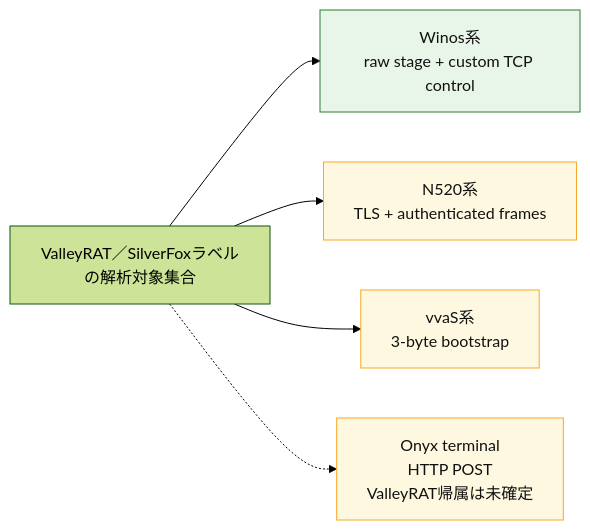
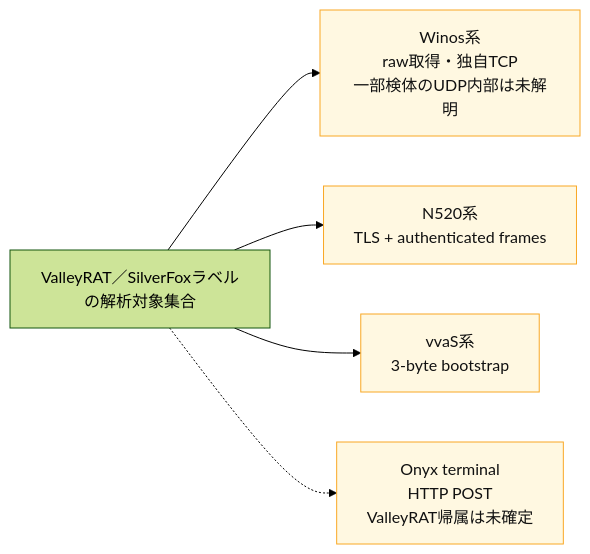
The first of 6 diagrams in analysis-framework/malware/valleyrat/docs/COMMUNICATION-PROTOCOL-ANALYSIS.md (proshiba/AI-security-analysis), drawn with Mermaid (forest theme) before and after one commit. The commit also changed other lines of this file and 40 other files, not shown here.

````diff
--- a/analysis-framework/malware/valleyrat/docs/COMMUNICATION-PROTOCOL-ANALYSIS.md
+++ b/analysis-framework/malware/valleyrat/docs/COMMUNICATION-PROTOCOL-ANALYSIS.md
@@ -16,19 +18,19 @@
 ```mermaid
 flowchart LR
     Corpus["ValleyRAT／SilverFoxラベルの解析対象集合"]
-    Winos["Winos系<br/>raw stage + custom TCP control"]
+    Winos["Winos系<br/>raw取得・独自TCP<br/>一部検体のUDP内部は未解明"]
     N520["N520系<br/>TLS + authenticated frames"]
     Vvas["vvaS系<br/>3-byte bootstrap"]
     Onyx["Onyx terminal<br/>HTTP POST<br/>ValleyRAT帰属は未確定"]
 
     Corpus --> Winos
     Corpus --> N520
     Corpus --> Vvas
     Corpus -.-> Onyx
 
     classDef confirmed fill:#e8f5e9,stroke:#2e7d32,color:#111;
     classDef limited fill:#fff8e1,stroke:#f9a825,color:#111;
-    class Winos confirmed;
+    class Winos limited;
     class N520,Vvas limited;
     class Onyx limited;
 ```
````
